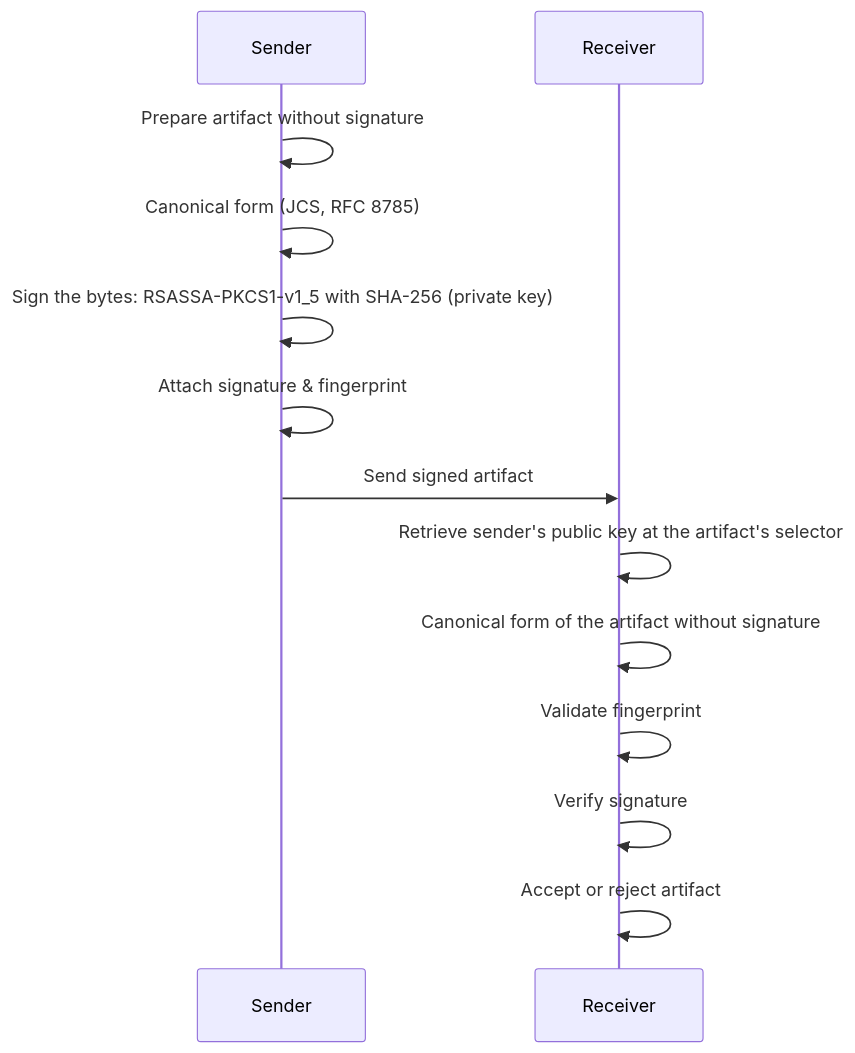
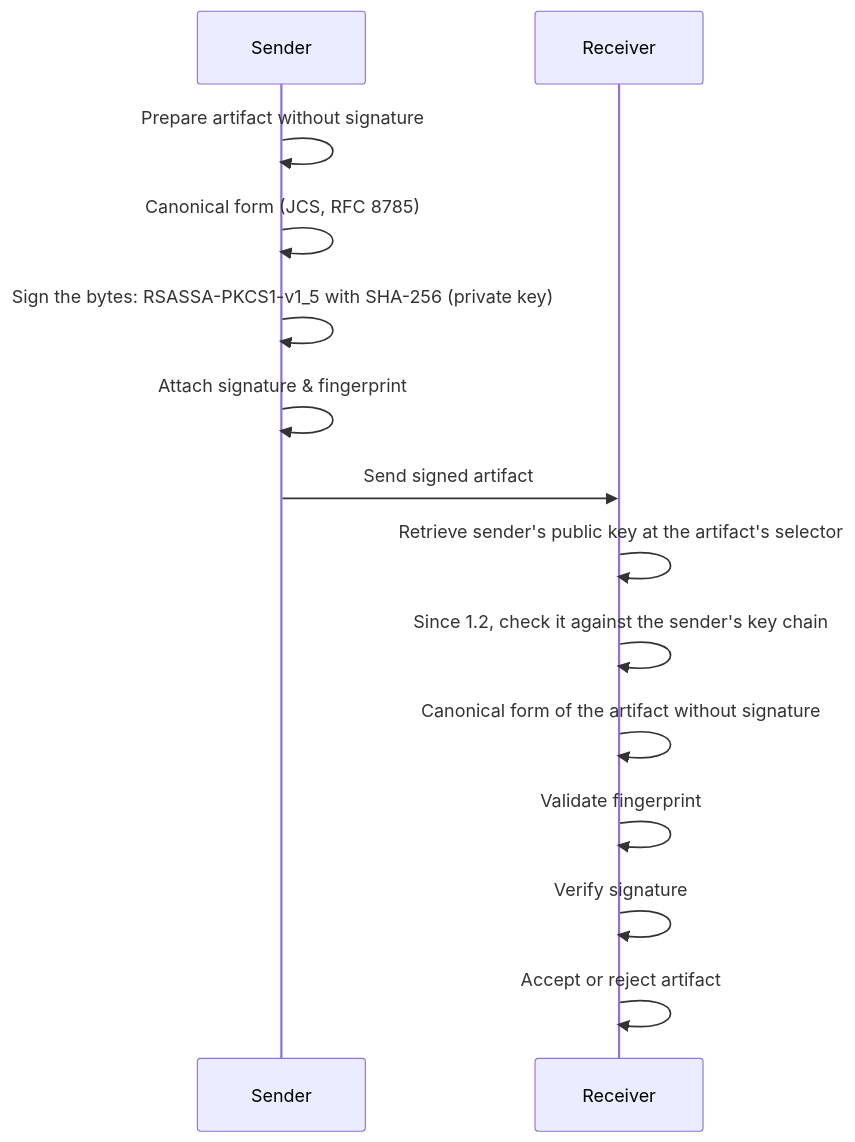
One commit to openbtps/btps-node changed the diagram in docs/docusaurus/docs/protocol/security/signature.md. Above: the diagram before and after it, drawn with Mermaid. The commit also changed other lines of this file and 32 other files, not shown here.

````diff
--- a/docs/docusaurus/docs/protocol/security/signature.md
+++ b/docs/docusaurus/docs/protocol/security/signature.md
@@ -29,15 +29,16 @@
 ```mermaid
 sequenceDiagram
     participant Sender
     participant Receiver
     Sender->>Sender: Prepare artifact without signature
     Sender->>Sender: Canonical form (JCS, RFC 8785)
     Sender->>Sender: Sign the bytes: RSASSA-PKCS1-v1_5 with SHA-256 (private key)
     Sender->>Sender: Attach signature & fingerprint
     Sender->>Receiver: Send signed artifact
     Receiver->>Receiver: Retrieve sender's public key at the artifact's selector
+    Receiver->>Receiver: Since 1.2, check it against the sender's key chain
     Receiver->>Receiver: Canonical form of the artifact without signature
     Receiver->>Receiver: Validate fingerprint
     Receiver->>Receiver: Verify signature
     Receiver->>Receiver: Accept or reject artifact
 ```
````
